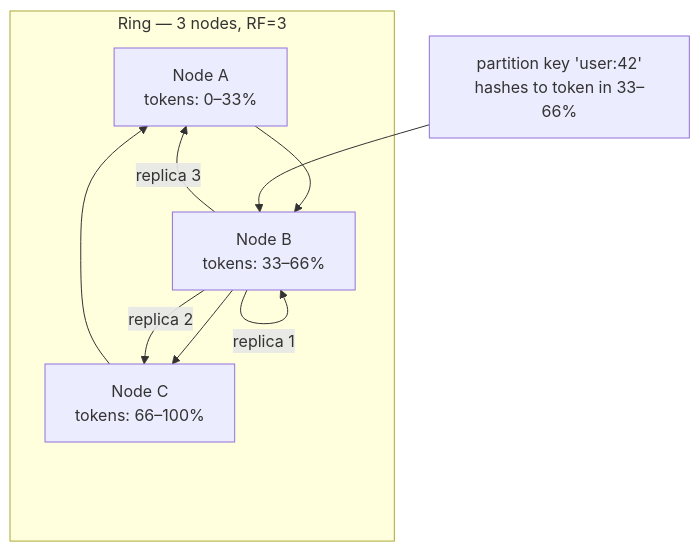
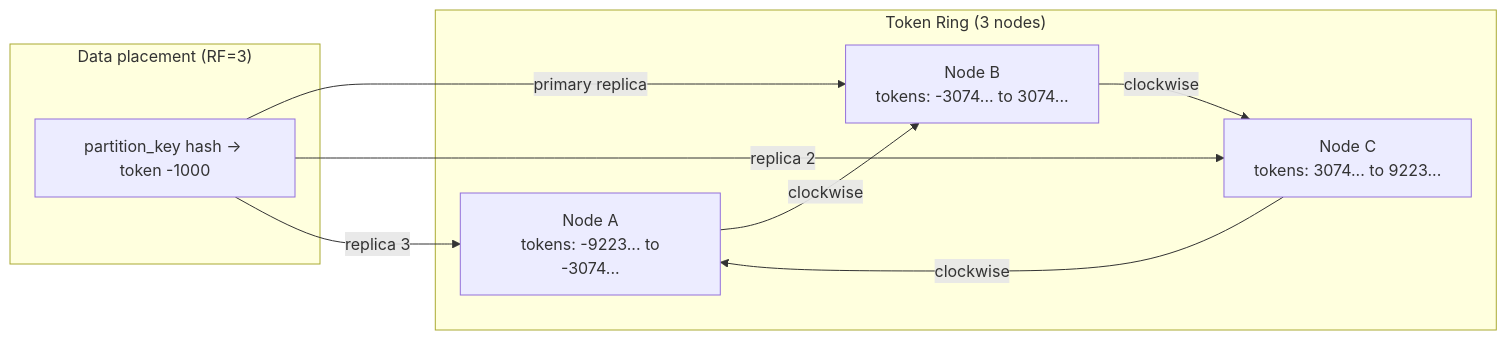
Before and after one commit to deepanshu-rawat6/DevOpsIndex: the diagram in databases/cassandra-internals.md, drawn with Mermaid. The commit also changed other lines of this file, not shown here.

````diff
--- a/databases/cassandra-internals.md
+++ b/databases/cassandra-internals.md
@@ -16,15 +16,18 @@
 ```mermaid
-graph TD
-    subgraph "Ring — 3 nodes, RF=3"
-        N1["Node A<br>tokens: 0–33%"]
-        N2["Node B<br>tokens: 33–66%"]
-        N3["Node C<br>tokens: 66–100%"]
-        N1 --> N2 --> N3 --> N1
+graph LR
+    subgraph Ring["Token Ring (3 nodes)"]
+        A["Node A\n tokens: -9223... to -3074..."]
+        B["Node B\n tokens: -3074... to 3074..."]
+        C["Node C\n tokens: 3074... to 9223..."]
+        A -->|"clockwise"| B
+        B -->|"clockwise"| C
+        C -->|"clockwise"| A
     end
 
-    K["partition key 'user:42'<br>hashes to token in 33–66%"]
-    K --> N2
-    N2 -->|replica 1| N2
-    N2 -->|replica 2| N3
-    N2 -->|replica 3| N1
+    subgraph Data["Data placement (RF=3)"]
+        ROW["partition_key hash → token -1000"]
+        ROW -->|"primary replica"| B
+        ROW -->|"replica 2"| C
+        ROW -->|"replica 3"| A
+    end
 ```
````
